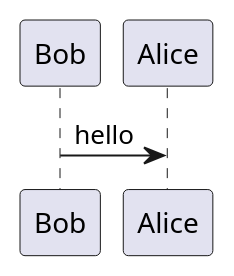
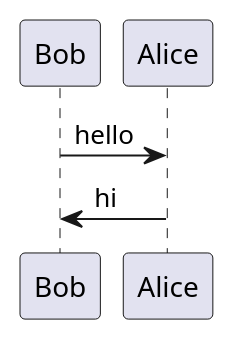
One commit to pacien/pandoc-filter-plantuml changed the diagram in readme.md. Above: the diagram before and after it, drawn with PlantUML. The commit also changed other lines of this file and 16 other files, not shown here.

Commit message:
Kotlin rewrite, adding diagram options

```diff
--- a/readme.md
+++ b/readme.md
@@ -16,3 +20,4 @@
     @startuml
     Bob->Alice : hello
+    Alice->Bob : hi
     @enduml
```
